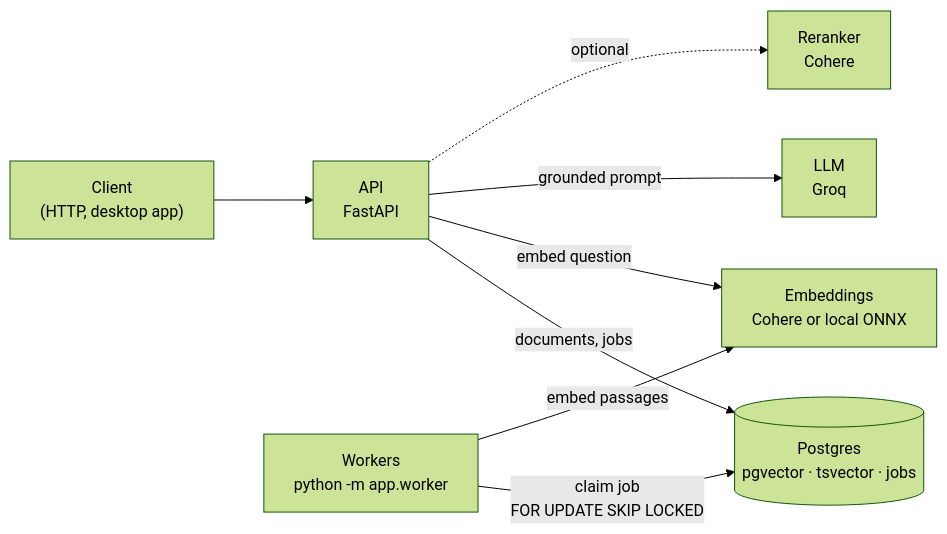
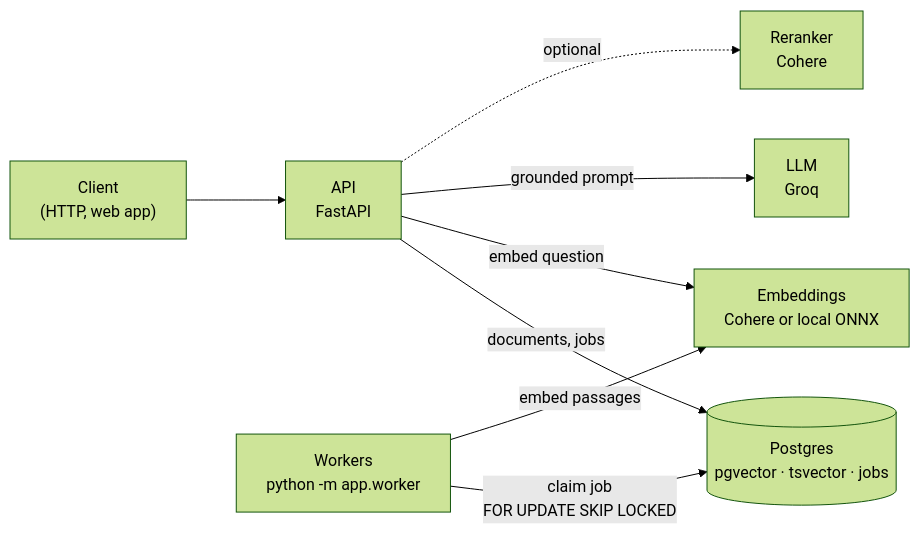
One commit to keylorpineda/RAG-Research-Engine changed the diagram in docs/ARCHITECTURE.md. Above: the diagram before and after it, drawn with Mermaid (forest theme). The commit also changed other lines of this file and 114 other files, not shown here.

````diff
--- a/docs/ARCHITECTURE.md
+++ b/docs/ARCHITECTURE.md
@@ -7,10 +7,10 @@
 ```mermaid
 flowchart LR
-    client["Client<br/>(HTTP, desktop app)"] --> api["API<br/>FastAPI"]
+    client["Client<br/>(HTTP, web app)"] --> api["API<br/>FastAPI"]
     api -- "documents, jobs" --> pg[("Postgres<br/>pgvector · tsvector · jobs")]
     worker["Workers<br/>python -m app.worker"] -- "claim job<br/>FOR UPDATE SKIP LOCKED" --> pg
     worker -- "embed passages" --> emb["Embeddings<br/>Cohere or local ONNX"]
     api -- "embed question" --> emb
     api -- "grounded prompt" --> llm["LLM<br/>Groq"]
     api -. "optional" .-> rr["Reranker<br/>Cohere"]
 ```
````
